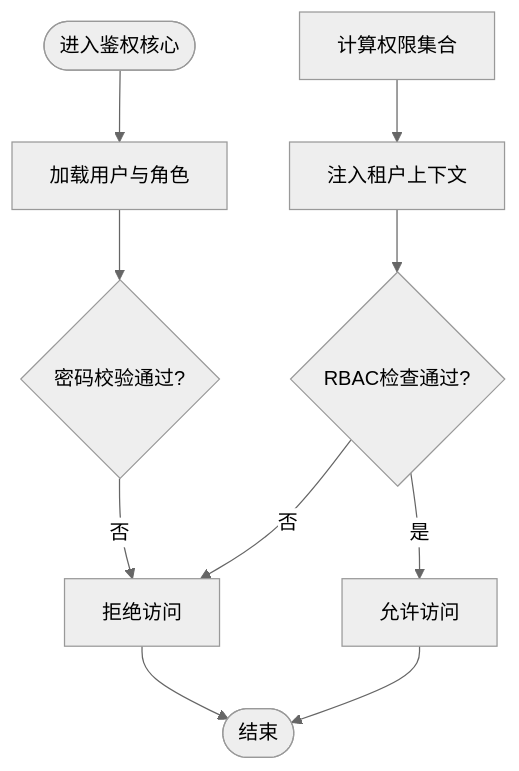
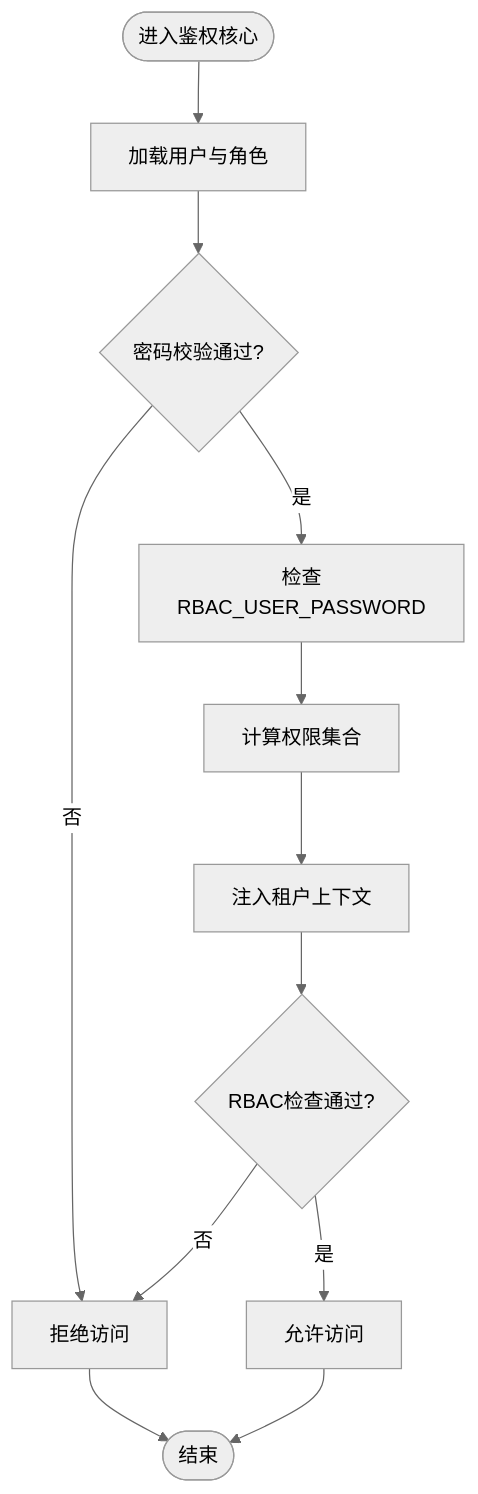
One commit to zmdhdu/NexusCockpit changed the fourth of 9 diagrams in .qoder/repowiki/zh/content/系统架构设计/核心服务架构/业务服务架构/认证授权系统.md. Above: the diagram before and after it, drawn with Mermaid (neutral theme). The commit also changed other lines of this file and 23 other files, not shown here.

````diff
--- a/.qoder/repowiki/zh/content/系统架构设计/核心服务架构/业务服务架构/认证授权系统.md
+++ b/.qoder/repowiki/zh/content/系统架构设计/核心服务架构/业务服务架构/认证授权系统.md
@@ -172,12 +188,14 @@
 ```mermaid
 flowchart TD
 Start(["进入鉴权核心"]) --> LoadUser["加载用户与角色"]
 LoadUser --> CheckPwd{"密码校验通过?"}
 CheckPwd --> |否| Deny["拒绝访问"]
-CheckPerm["计算权限集合"] --> TenantCheck["注入租户上下文"]
+CheckPwd --> |是| CheckRBAC["检查RBAC_USER_PASSWORD"]
+CheckRBAC --> CheckPerm["计算权限集合"]
+CheckPerm --> TenantCheck["注入租户上下文"]
 TenantCheck --> RBAC{"RBAC检查通过?"}
 RBAC --> |是| Allow["允许访问"]
 RBAC --> |否| Deny
 Deny --> End(["结束"])
 Allow --> End
 ```
````
